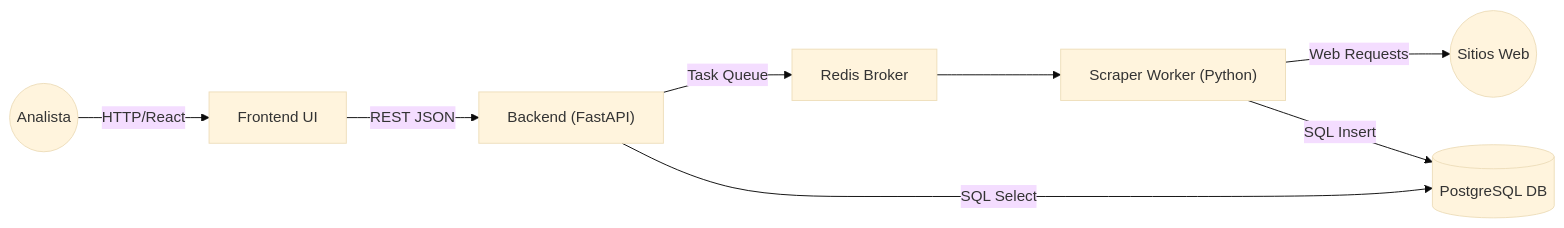
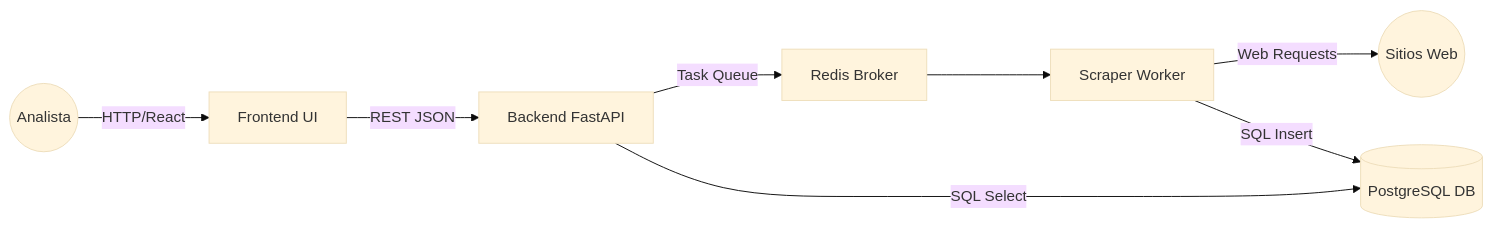
Before and after one commit to MauricioVergaraG/proyecto-centinela: the first of 2 diagrams in README.md, drawn with Mermaid (base theme). The commit also changed other lines of this file, not shown here.

````diff
--- a/README.md
+++ b/README.md
@@ -29,10 +29,10 @@
 ```mermaid
 graph LR
     User((Analista)) -->|HTTP/React| Frontend[Frontend UI]
-    Frontend -->|REST JSON| API["Backend (FastAPI)"]
+    Frontend -->|REST JSON| API[Backend FastAPI]
     API -->|Task Queue| Redis[Redis Broker]
-    Redis --> Worker["Scraper Worker (Python)"]
+    Redis --> Worker[Scraper Worker]
     Worker -->|Web Requests| Web((Sitios Web))
     Worker -->|SQL Insert| DB[(PostgreSQL DB)]
     API -->|SQL Select| DB
 ```
````
